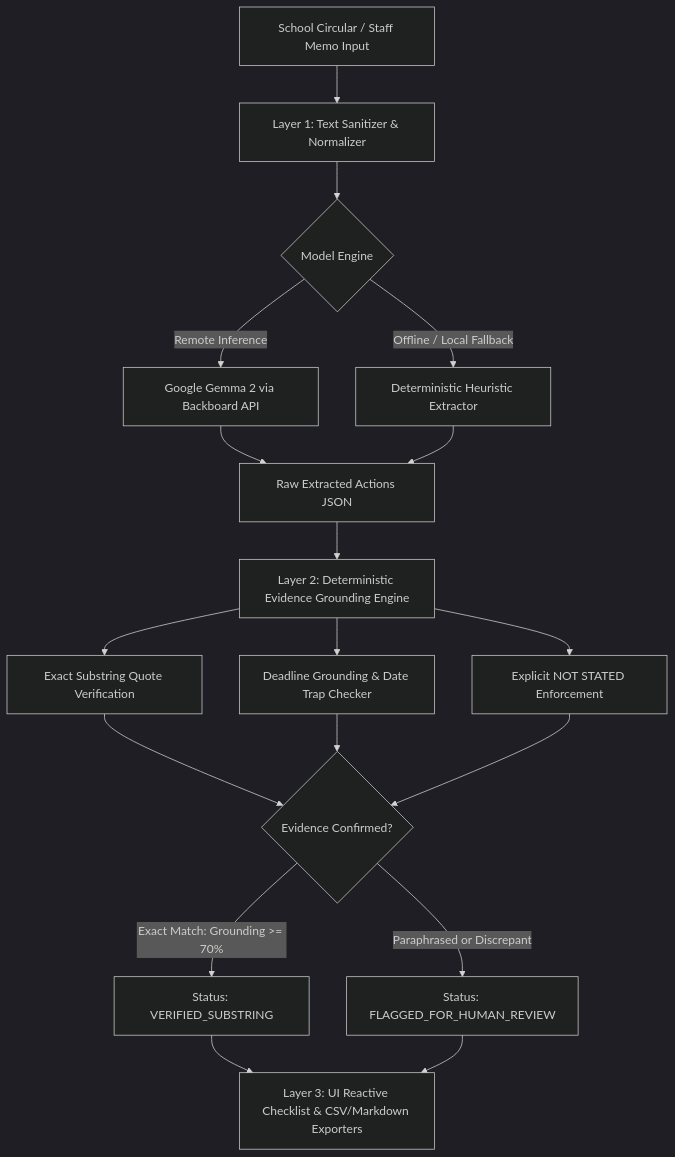
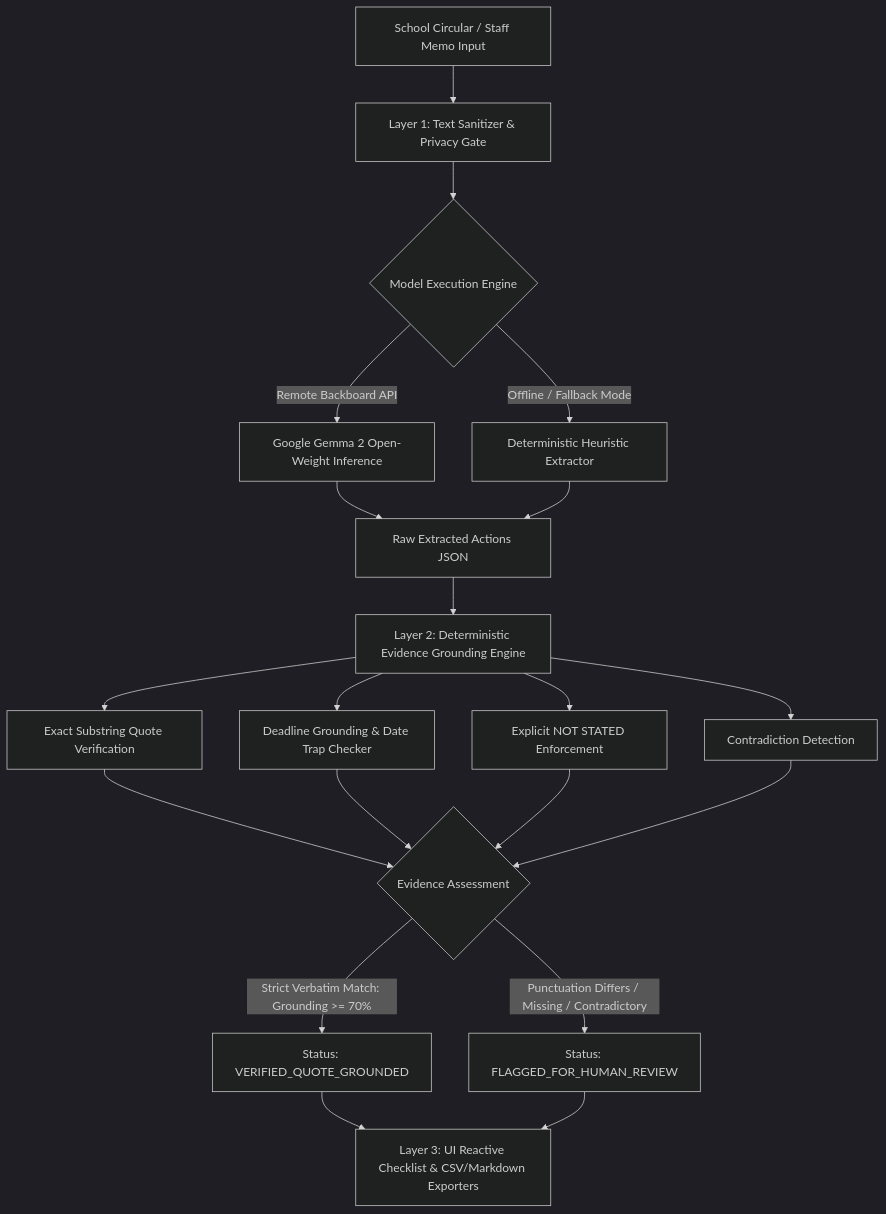
One commit to diusazzad/notice2next changed the diagram in DEV_ARTICLE_SUBMISSION.md. Above: the diagram before and after it, drawn with Mermaid (dark theme). The commit also changed other lines of this file and 8 other files, not shown here.

Commit message:
fix(audit): honest grounding claims, strict trait assertions, privacy warning box, and benchmark hardening

````diff
--- a/DEV_ARTICLE_SUBMISSION.md
+++ b/DEV_ARTICLE_SUBMISSION.md
@@ -56,17 +54,18 @@
 ```mermaid
 flowchart TD
-    A[School Circular / Staff Memo Input] --> B[Layer 1: Text Sanitizer & Normalizer]
-    B --> C{Model Engine}
-    C -->|Remote Inference| D[Google Gemma 2 via Backboard API]
-    C -->|Offline / Local Fallback| E[Deterministic Heuristic Extractor]
+    A[School Circular / Staff Memo Input] --> B[Layer 1: Text Sanitizer & Privacy Gate]
+    B --> C{Model Execution Engine}
+    C -->|Remote Backboard API| D[Google Gemma 2 Open-Weight Inference]
+    C -->|Offline / Fallback Mode| E[Deterministic Heuristic Extractor]
     D --> F[Raw Extracted Actions JSON]
     E --> F
     F --> G[Layer 2: Deterministic Evidence Grounding Engine]
     G --> H[Exact Substring Quote Verification]
     G --> I[Deadline Grounding & Date Trap Checker]
     G --> J[Explicit NOT STATED Enforcement]
-    H & I & J --> K{Evidence Confirmed?}
-    K -->|Exact Match: Grounding >= 70%| L[Status: VERIFIED_SUBSTRING]
-    K -->|Paraphrased or Discrepant| M[Status: FLAGGED_FOR_HUMAN_REVIEW]
-    L & M --> N[Layer 3: UI Reactive Checklist & CSV/Markdown Exporters]
+    G --> K[Contradiction Detection]
+    H & I & J & K --> L{Evidence Assessment}
+    L -->|Strict Verbatim Match: Grounding >= 70%| M[Status: VERIFIED_QUOTE_GROUNDED]
+    L -->|Punctuation Differs / Missing / Contradictory| N[Status: FLAGGED_FOR_HUMAN_REVIEW]
+    M & N --> O[Layer 3: UI Reactive Checklist & CSV/Markdown Exporters]
 ```
````
